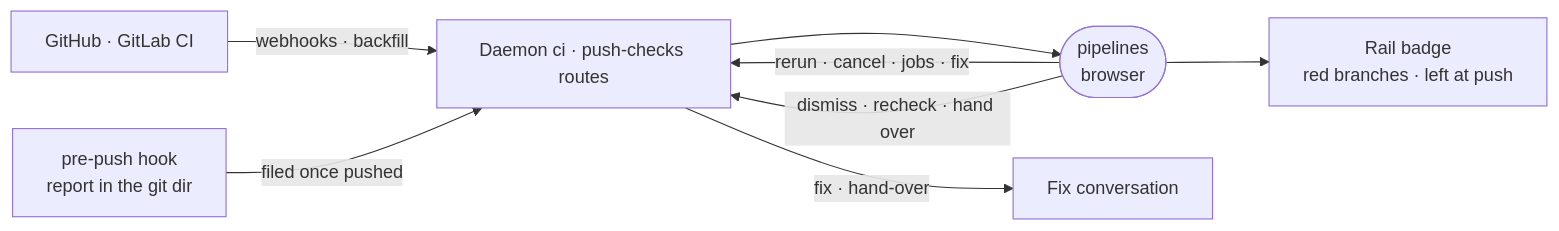
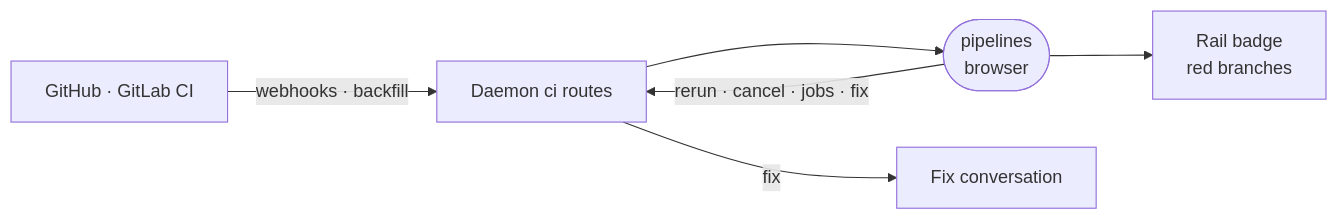
The diagram in _extensions/pipelines/README.md (intentic/intentic), drawn with Mermaid before and after one commit. The commit also changed other lines of this file and 136 other files, not shown here.

First line of the commit message:
feat(workspace)!: drop push-checks, pre-push hook and FindingSchema

````diff
--- a/_extensions/pipelines/README.md
+++ b/_extensions/pipelines/README.md
@@ -5,10 +5,8 @@
 ```mermaid
 flowchart LR
-    vendor["GitHub · GitLab CI"] -->|"webhooks · backfill"| daemon["Daemon ci · push-checks routes"]
-    hook["pre-push hook<br/>report in the git dir"] -->|"filed once pushed"| daemon
+    vendor["GitHub · GitLab CI"] -->|"webhooks · backfill"| daemon["Daemon ci routes"]
     daemon --> ext(["pipelines<br/>browser"])
     ext -->|"rerun · cancel · jobs · fix"| daemon
-    ext -->|"dismiss · recheck · hand over"| daemon
-    daemon -->|"fix · hand-over"| agent["Fix conversation"]
-    ext --> badge["Rail badge<br/>red branches · left at push"]
+    daemon -->|"fix"| agent["Fix conversation"]
+    ext --> badge["Rail badge<br/>red branches"]
 ```
````
